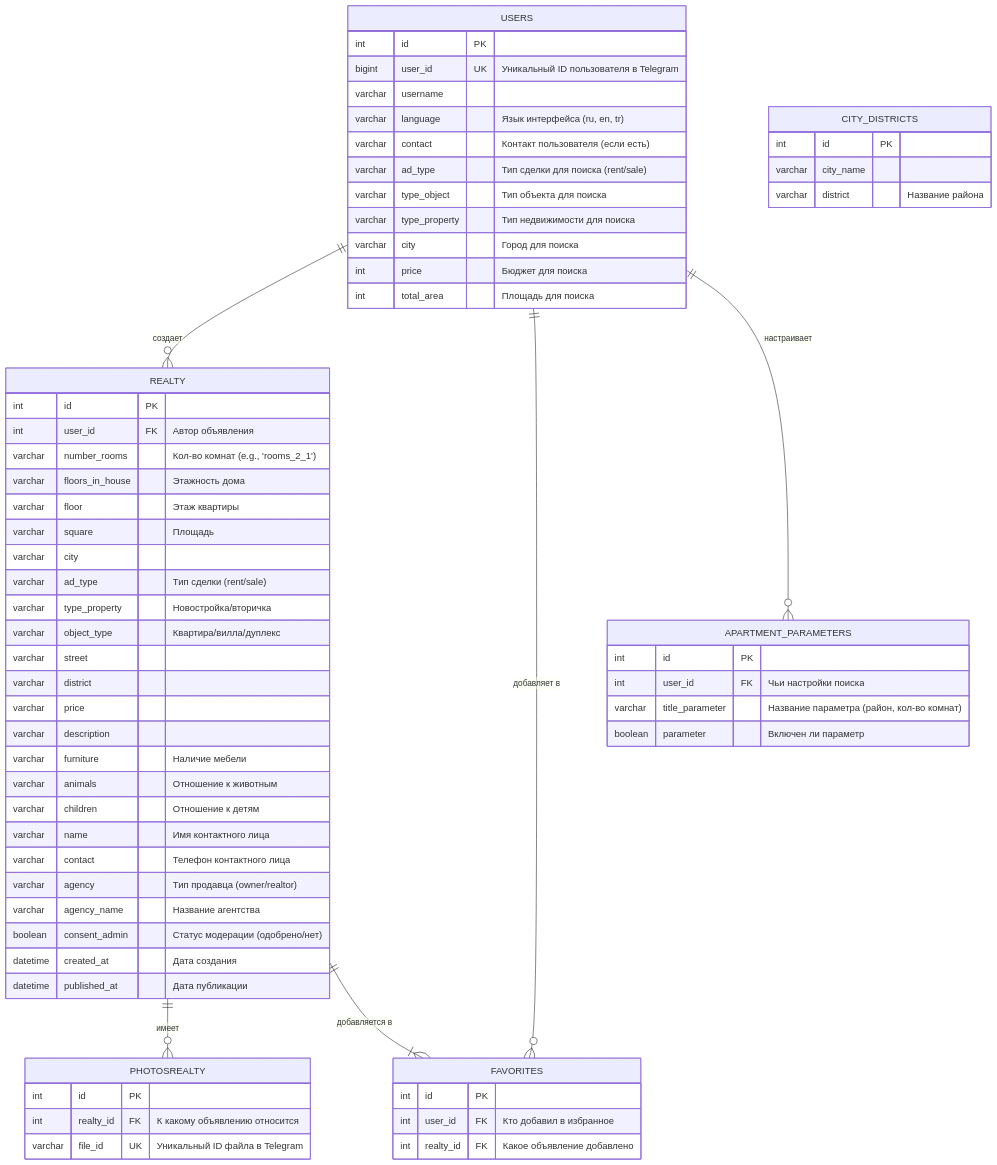
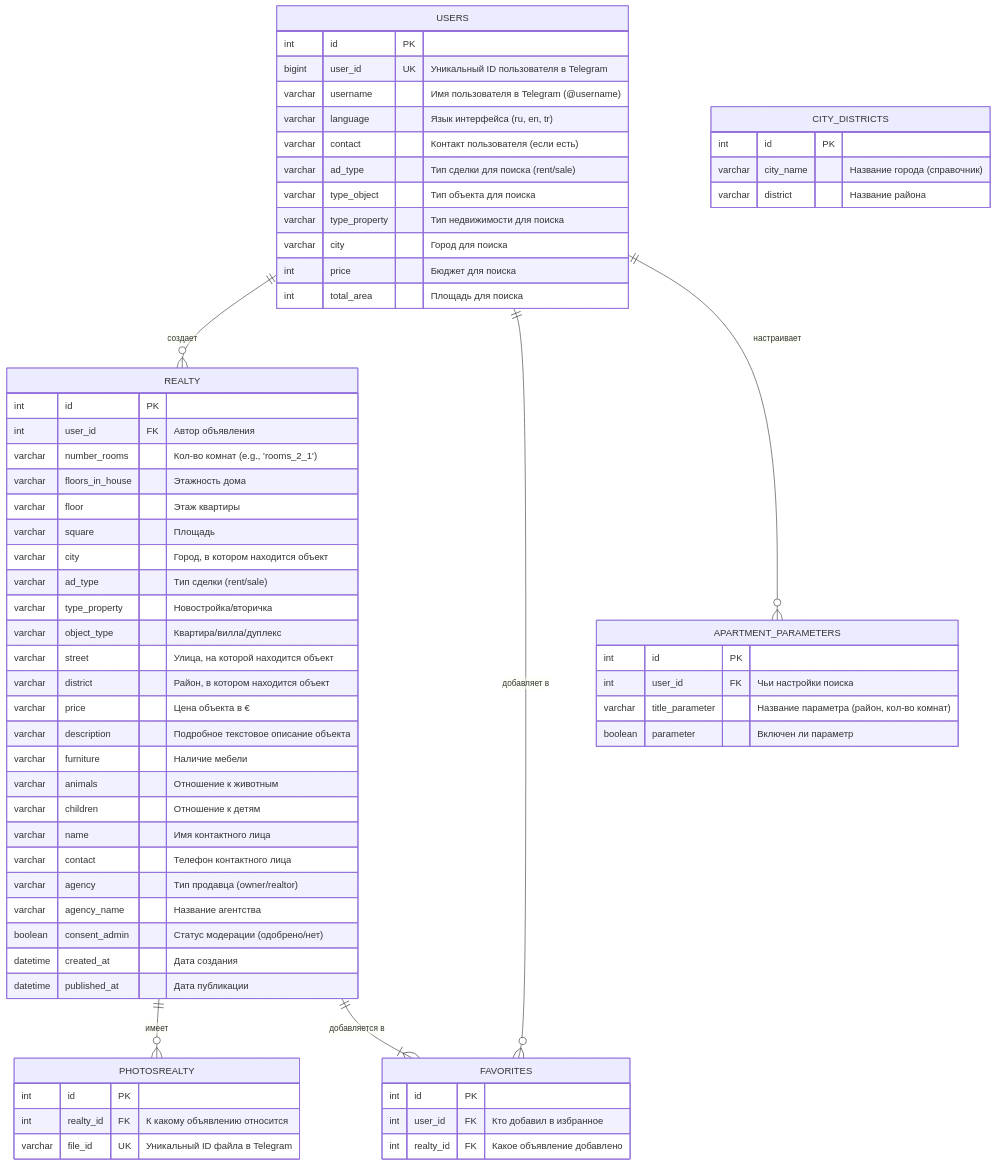
One commit to mak1ntosh1/RealEstateBot changed the third of 4 diagrams in README.md. Above: the diagram before and after it, drawn with Mermaid. The commit also changed other lines of this file and 6 other files, not shown here.

```diff
--- a/README.md
+++ b/README.md
@@ -272,7 +235,7 @@
     USERS {
         int id PK
         bigint user_id UK "Уникальный ID пользователя в Telegram"
-        varchar username
+        varchar username "Имя пользователя в Telegram (@username)"
         varchar language "Язык интерфейса (ru, en, tr)"
         varchar contact "Контакт пользователя (если есть)"
         varchar ad_type "Тип сделки для поиска (rent/sale)"
@@ -290,14 +253,14 @@
         varchar floors_in_house "Этажность дома"
         varchar floor "Этаж квартиры"
         varchar square "Площадь"
-        varchar city
+        varchar city "Город, в котором находится объект"
         varchar ad_type "Тип сделки (rent/sale)"
         varchar type_property "Новостройка/вторичка"
         varchar object_type "Квартира/вилла/дуплекс"
-        varchar street
-        varchar district
-        varchar price
-        varchar description
+        varchar street "Улица, на которой находится объект"
+        varchar district "Район, в котором находится объект"
+        varchar price "Цена объекта в €"
+        varchar description "Подробное текстовое описание объекта"
         varchar furniture "Наличие мебели"
         varchar animals "Отношение к животным"
         varchar children "Отношение к детям"
@@ -331,7 +294,7 @@
 
     CITY_DISTRICTS {
         int id PK
-        varchar city_name
+        varchar city_name "Название города (справочник)"
         varchar district "Название района"
     }
 
```
